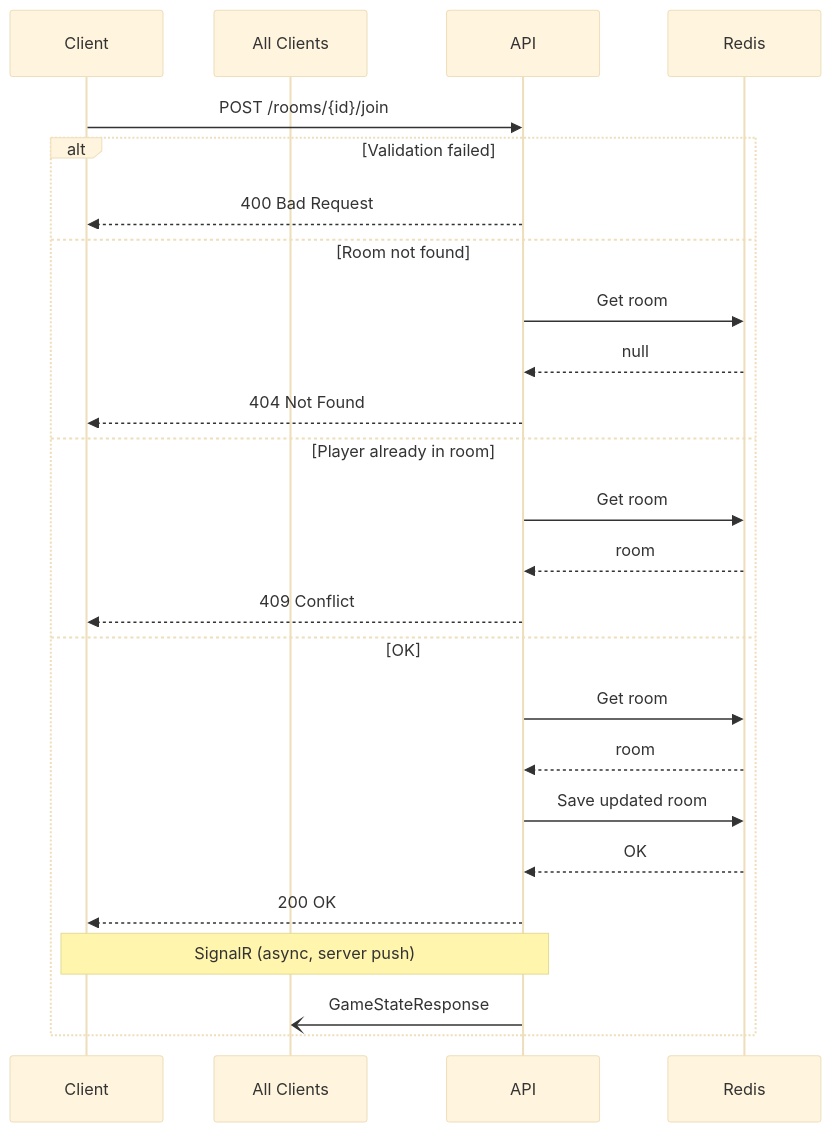
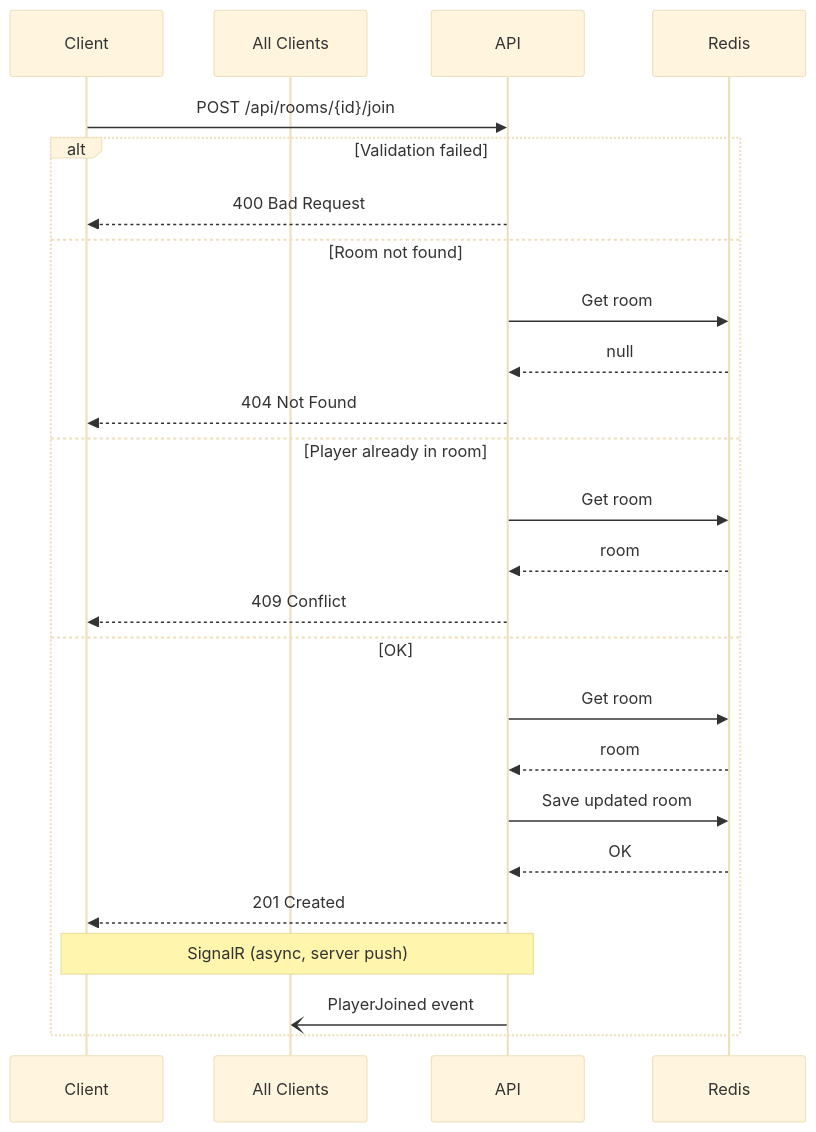
The third of 6 diagrams in docs/endpoints.md (spicycoder/scrum-poker), drawn with Mermaid (base theme) before and after one commit. The commit also changed other lines of this file and 72 other files, not shown here.

````diff
--- a/docs/endpoints.md
+++ b/docs/endpoints.md
@@ -48,28 +108,28 @@
 ```mermaid
 sequenceDiagram
     participant C as Client
     participant All as All Clients
     participant API as API
     participant R as Redis
 
-    C->>API: POST /rooms/{id}/join
+    C->>API: POST /api/rooms/{id}/join
     alt Validation failed
         API-->>C: 400 Bad Request
     else Room not found
         API->>R: Get room
         R-->>API: null
         API-->>C: 404 Not Found
     else Player already in room
         API->>R: Get room
         R-->>API: room
         API-->>C: 409 Conflict
     else OK
         API->>R: Get room
         R-->>API: room
         API->>R: Save updated room
         R-->>API: OK
-        API-->>C: 200 OK
+        API-->>C: 201 Created
         Note over API,C: SignalR (async, server push)
-        API-)All: GameStateResponse
+        API-)All: PlayerJoined event
     end
 ```
````
